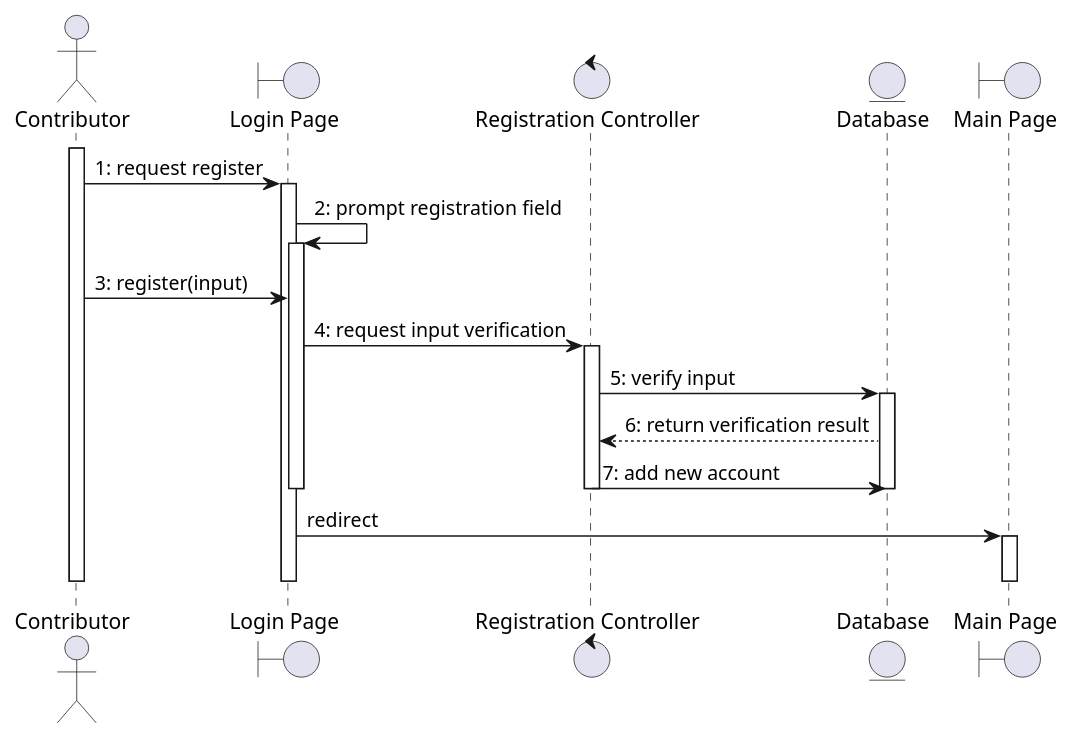
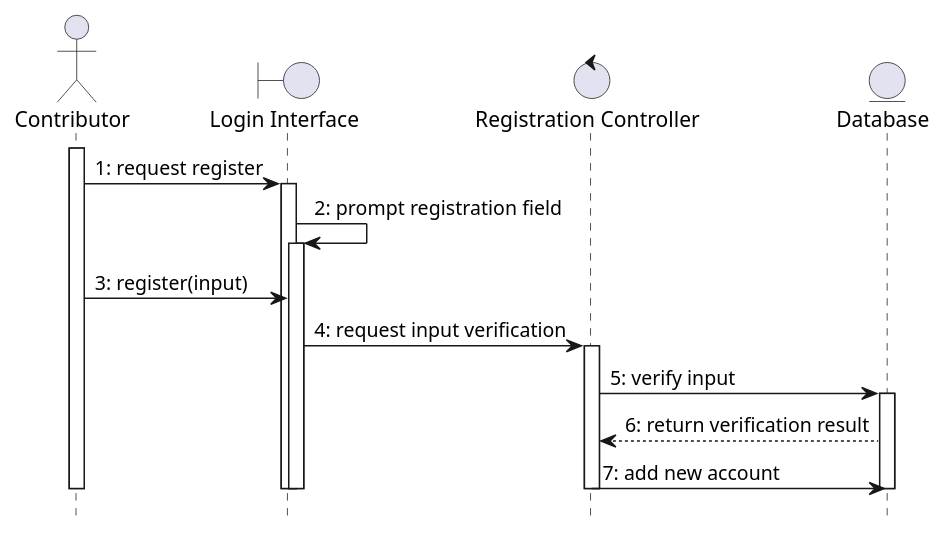
Before and after one commit to McSinyx/ipppi: the first of 4 diagrams in source/solution/use-case-analysis.rst, drawn with PlantUML. The commit also changed other lines of this file, not shown here.

```diff
--- a/source/solution/use-case-analysis.rst
+++ b/source/solution/use-case-analysis.rst
@@ -13,31 +13,29 @@
 .. uml::
-
+   
+   hide footbox
+   
    actor Contributor
-   boundary "Login Page" as LP
+   boundary "Login Interface" as LI
    control "Registration Controller" as RC
    entity Database
-   boundary "Main Page" as MP
 
    activate Contributor
-   Contributor -> LP : 1: request register
+   Contributor -> LI : 1: request register
 
-   activate LP
-   LP -> LP : 2: prompt registration field
-   activate LP
-   Contributor -> LP : 3: register(input)
+   activate LI
+   LI -> LI : 2: prompt registration field
+   activate LI
+   Contributor -> LI : 3: register(input)
 
-   LP -> RC : 4: request input verification
+   LI -> RC : 4: request input verification
    activate RC
    RC -> Database : 5: verify input
    activate Database
    Database --> RC : 6: return verification result
    RC -> Database : 7: add new account 
    deactivate Database
    deactivate RC
 
-   deactivate LP
-   LP -> MP : redirect
-   activate MP
-   deactivate MP
-   deactivate LP
+   deactivate LI
+   deactivate LI
    deactivate Contributor
```
